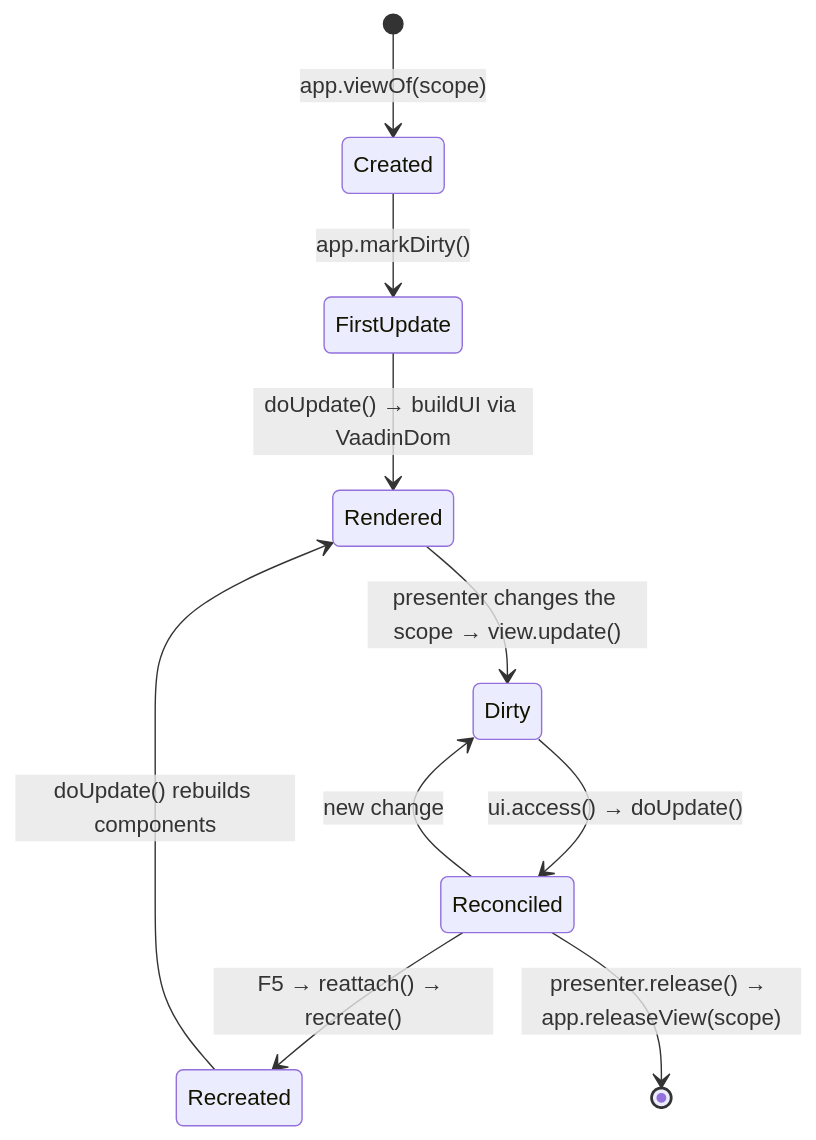
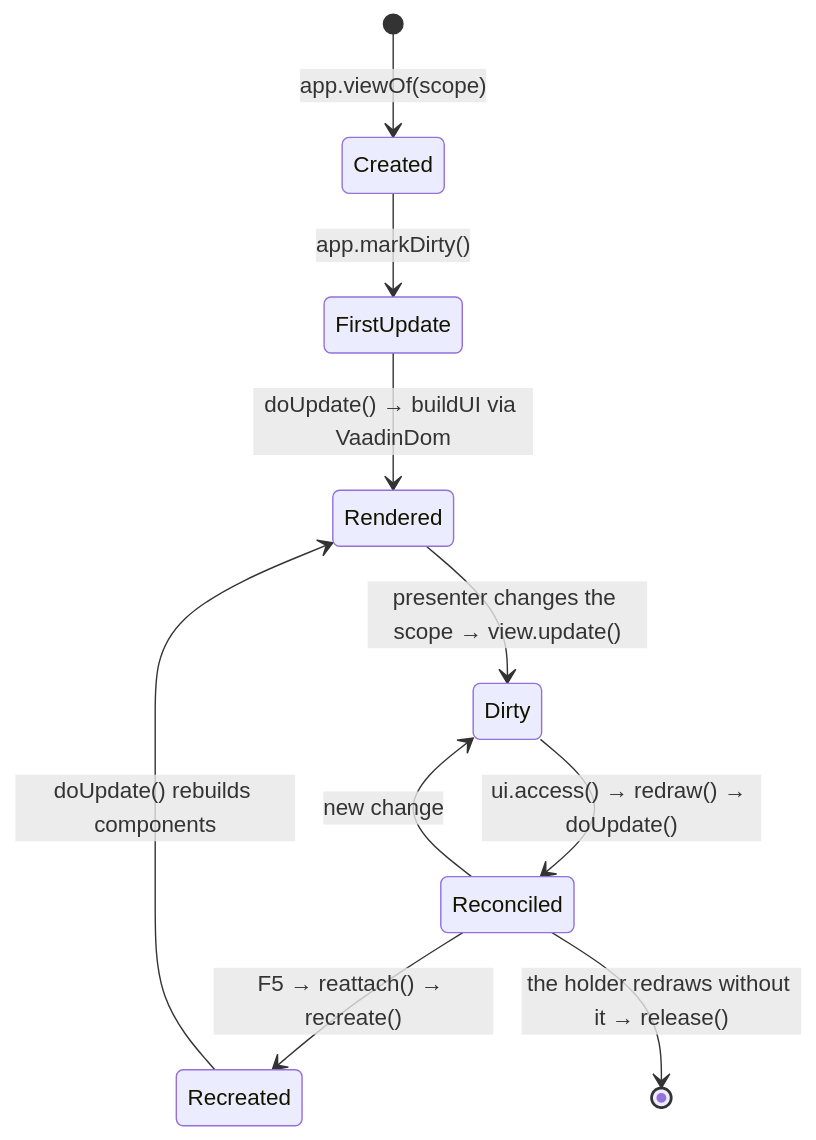
Before and after one commit to mrcdom/wdc-cube-java-v2: the fourth of 4 diagrams in fontes/br.com.wdc.store/br.com.wdc.store.view.vaadin/README.md, drawn with Mermaid. The commit also changed other lines of this file and 67 other files, not shown here.

````diff
--- a/fontes/br.com.wdc.store/br.com.wdc.store.view.vaadin/README.md
+++ b/fontes/br.com.wdc.store/br.com.wdc.store.view.vaadin/README.md
@@ -349,12 +343,12 @@
 ```mermaid
 stateDiagram-v2
     [*] --> Created: app.viewOf(scope)
     Created --> FirstUpdate: app.markDirty()
     FirstUpdate --> Rendered: doUpdate() → buildUI via VaadinDom
     Rendered --> Dirty: presenter changes the scope → view.update()
-    Dirty --> Reconciled: ui.access() → doUpdate()
+    Dirty --> Reconciled: ui.access() → redraw() → doUpdate()
     Reconciled --> Dirty: new change
     Reconciled --> Recreated: F5 → reattach() → recreate()
     Recreated --> Rendered: doUpdate() rebuilds components
-    Reconciled --> [*]: presenter.release() → app.releaseView(scope)
+    Reconciled --> [*]: the holder redraws without it → release()
 ```
````
